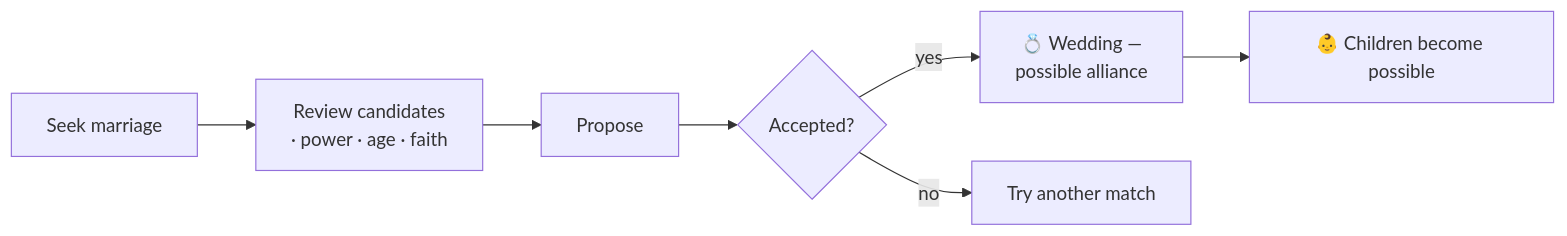
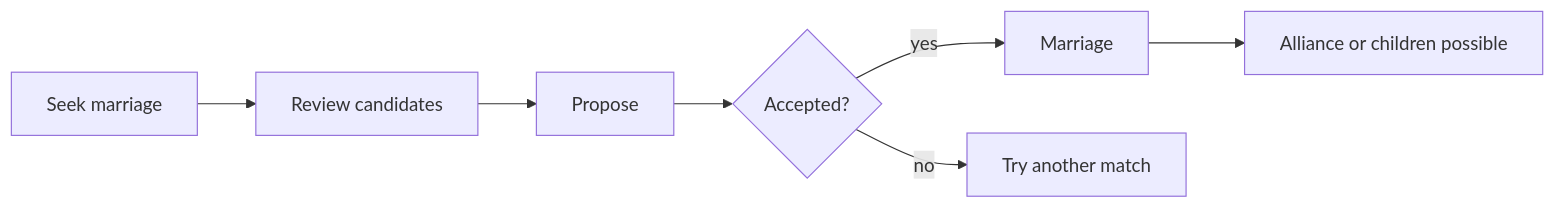
Before and after one commit to kroryan/Quartz-HispaniaBeta: the diagram in content/dynasty/Marriage and Family.md, drawn with Mermaid. The commit also changed other lines of this file and 35 other files, not shown here.

````diff
--- a/content/dynasty/Marriage and Family.md
+++ b/content/dynasty/Marriage and Family.md
@@ -25,9 +21,9 @@
 ```mermaid
 flowchart LR
-    A[Seek marriage] --> B[Review candidates<br/>· power · age · faith]
+    A[Seek marriage] --> B[Review candidates]
     B --> C[Propose]
     C --> D{Accepted?}
-    D -->|yes| E[💍 Wedding —<br/>possible alliance]
-    D -->|no| F[Try another match]
-    E --> G[👶 Children become possible]
+    D -->|yes| E[Marriage]
+    E --> F[Alliance or children possible]
+    D -->|no| G[Try another match]
 ```
````
